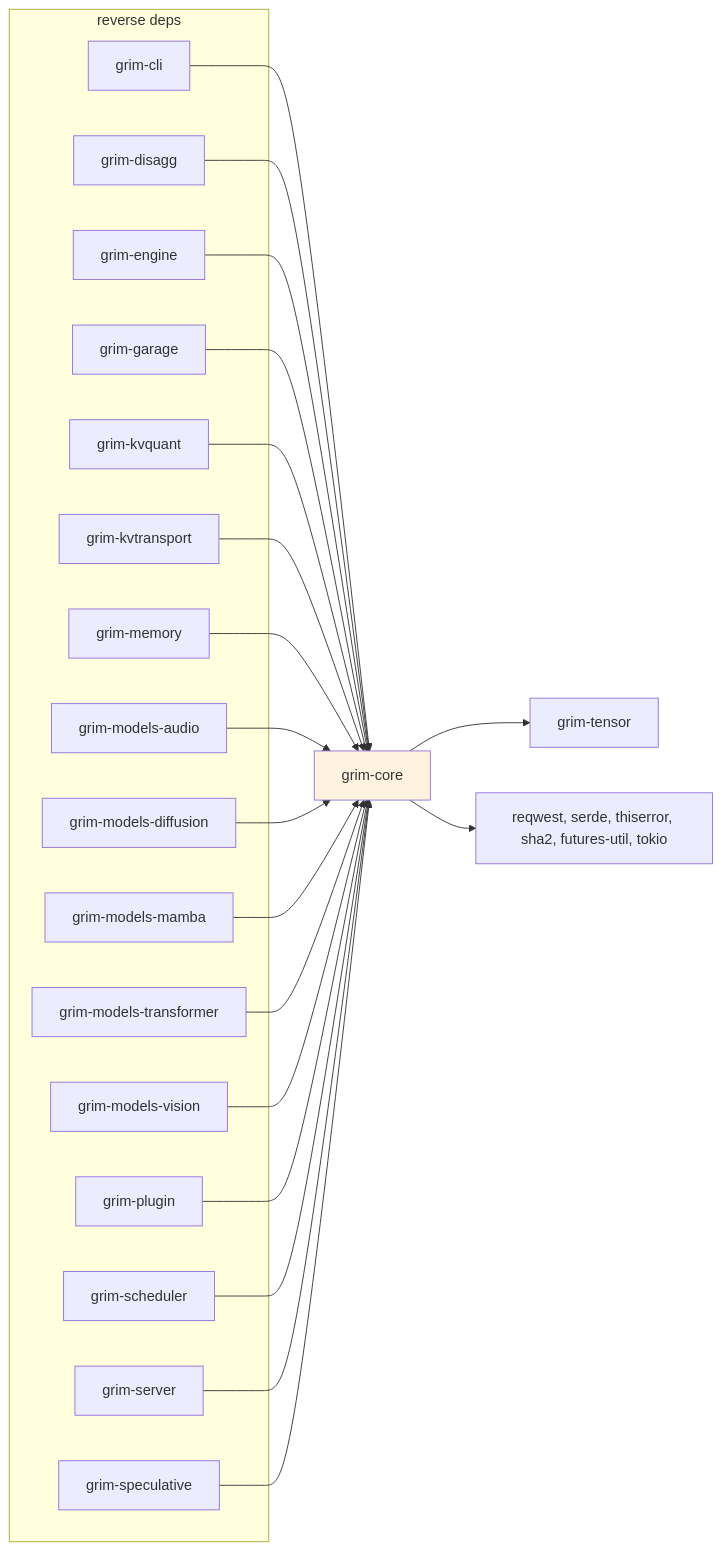
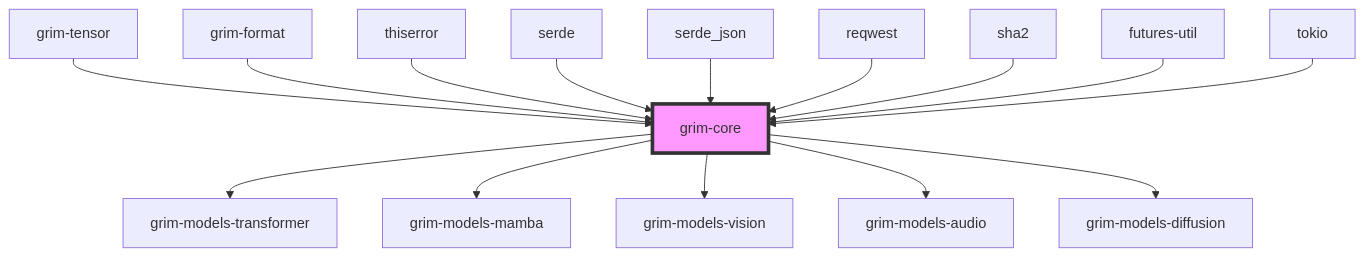
One commit to sydonayrex/grim changed the diagram in crates/grim-core/README.md. Above: the diagram before and after it, drawn with Mermaid. The commit also changed other lines of this file and 53 other files, not shown here.

````diff
--- a/crates/grim-core/README.md
+++ b/crates/grim-core/README.md
@@ -19,43 +13,23 @@
 ```mermaid
-graph LR
-    A[grim-core] --> B[grim-tensor]
-    A --> C[reqwest, serde, thiserror, sha2, futures-util, tokio]
-
-    subgraph "reverse deps"
-        D1[grim-cli]
-        D2[grim-disagg]
-        D3[grim-engine]
-        D4[grim-garage]
-        D5[grim-kvquant]
-        D6[grim-kvtransport]
-        D7[grim-memory]
-        D8[grim-models-audio]
-        D9[grim-models-diffusion]
-        D10[grim-models-mamba]
-        D11[grim-models-transformer]
-        D12[grim-models-vision]
-        D13[grim-plugin]
-        D14[grim-scheduler]
-        D15[grim-server]
-        D16[grim-speculative]
-    end
-
-    D1 --> A
-    D2 --> A
-    D3 --> A
-    D4 --> A
-    D5 --> A
-    D6 --> A
-    D7 --> A
-    D8 --> A
-    D9 --> A
-    D10 --> A
-    D11 --> A
-    D12 --> A
-    D13 --> A
-    D14 --> A
-    D15 --> A
-    D16 --> A
-
-    style A fill:#fff3e0
+graph TD
+    T[grim-tensor] --> C[grim-core]
+    F[grim-format] --> C
+    E[thiserror] --> C
+    S[serde] --> C
+    SJ[serde_json] --> C
+    R[reqwest] --> C
+    SH[sha2] --> C
+    FU[futures-util] --> C
+    TK[tokio] --> C
+    
+    C --> TR[grim-models-transformer]
+    C --> MA[grim-models-mamba]
+    C --> VI[grim-models-vision]
+    C --> AU[grim-models-audio]
+    C --> DI[grim-models-diffusion]
+    
+    classDef focus fill:#f9f,stroke:#333,stroke-width:4px;
+    class C focus;
+    %% min 480px
+    style C padding:20px
 ```
````
